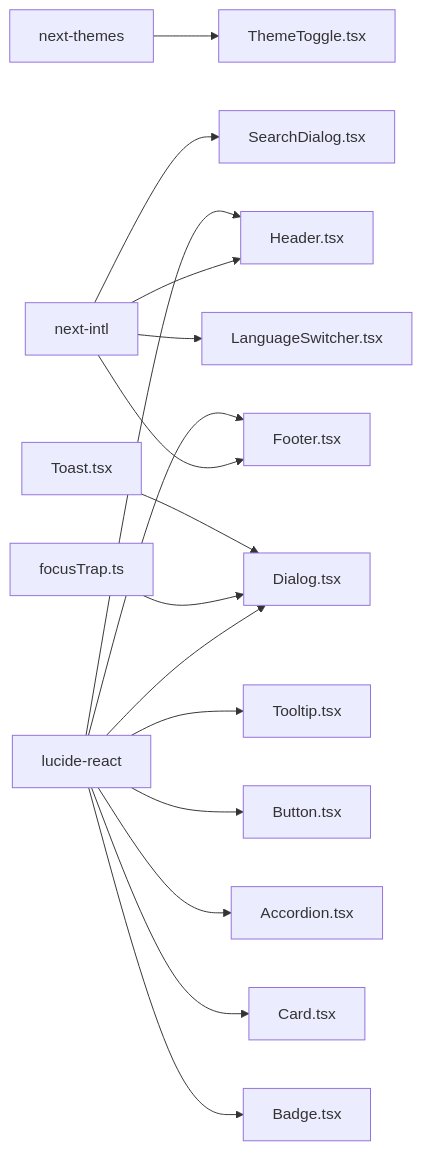
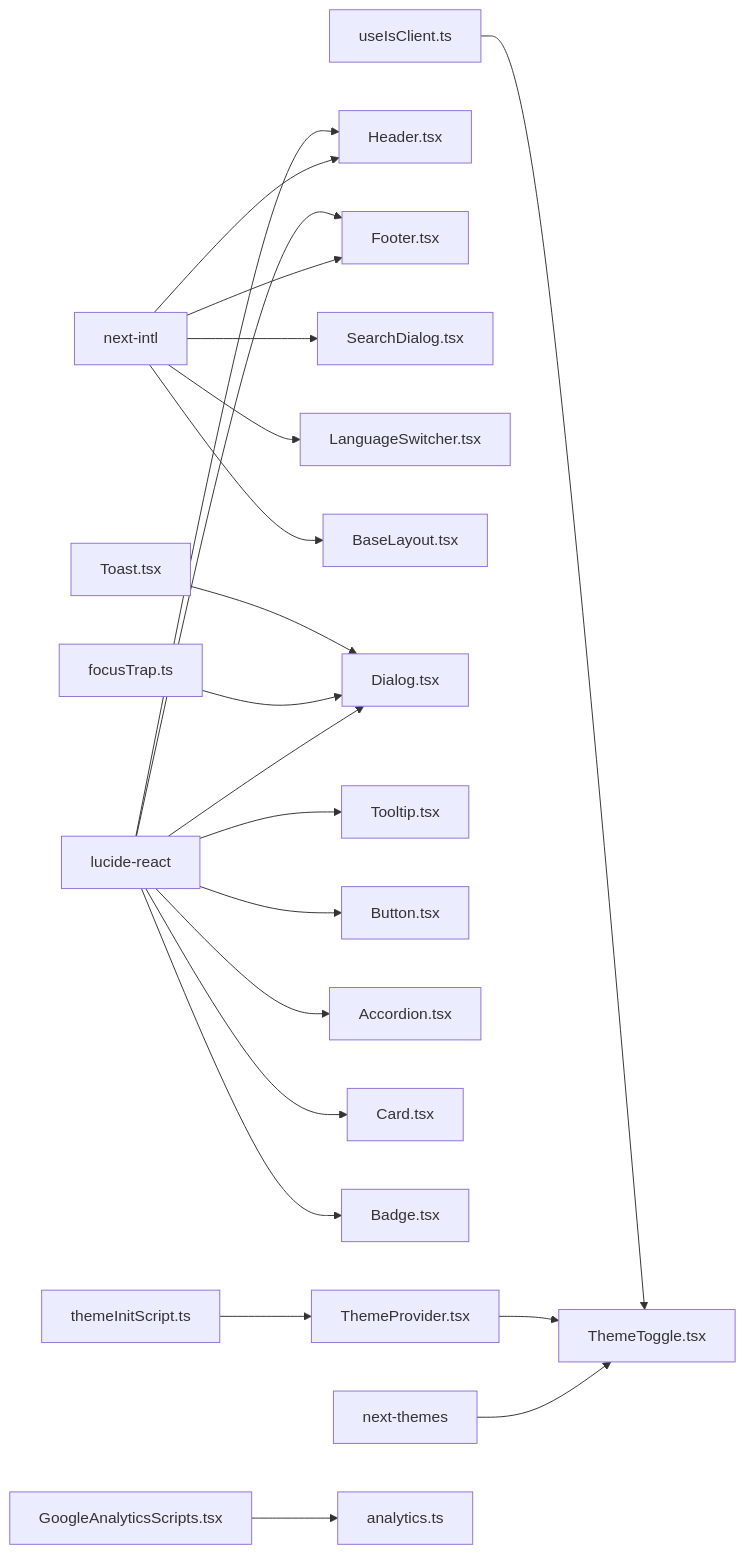
One commit to sgyy/privadeck changed diagram 11 of 11 in .qoder/repowiki/zh/content/UI组件系统/UI组件系统.md. Above: the diagram before and after it, drawn with Mermaid. The commit also changed other lines of this file and 5 other files, not shown here.

````diff
--- a/.qoder/repowiki/zh/content/UI组件系统/UI组件系统.md
+++ b/.qoder/repowiki/zh/content/UI组件系统/UI组件系统.md
@@ -513,18 +824,23 @@
 ```mermaid
 graph LR
 NTP["next-themes"] --> TMT["ThemeToggle.tsx"]
 NTL["next-intl"] --> HDR["Header.tsx"]
 NTL --> FTR["Footer.tsx"]
 NTL --> SDI["SearchDialog.tsx"]
 NTL --> LSW["LanguageSwitcher.tsx"]
+NTL --> BL["BaseLayout.tsx"]
 LCR["lucide-react"] --> HDR
 LCR --> FTR
 LCR --> DLG["Dialog.tsx"]
 LCR --> TTP["Tooltip.tsx"]
 LCR --> BTN["Button.tsx"]
 LCR --> ACC["Accordion.tsx"]
 LCR --> CAR["Card.tsx"]
 LCR --> BAD["Badge.tsx"]
 FT["focusTrap.ts"] --> DLG
 TST["Toast.tsx"] --> DLG
+TPR["ThemeProvider.tsx"] --> TMT
+TIS["themeInitScript.ts"] --> TPR
+UIC["useIsClient.ts"] --> TMT
+GAS["GoogleAnalyticsScripts.tsx"] --> ANL["analytics.ts"]
 ```
````
